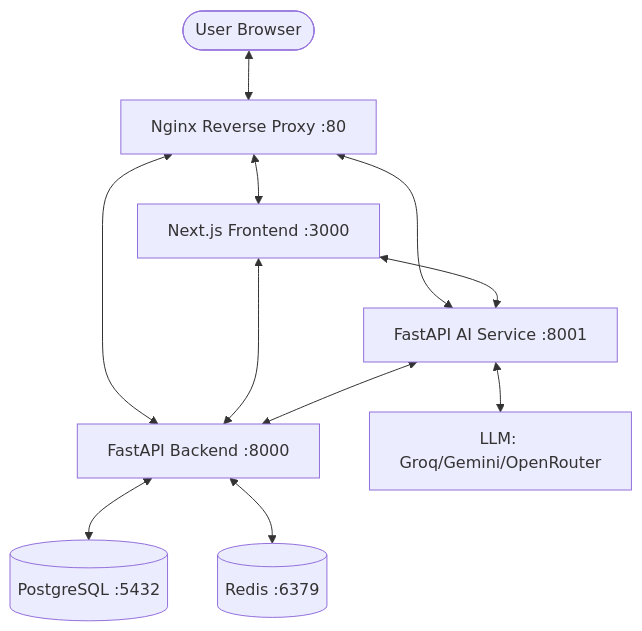
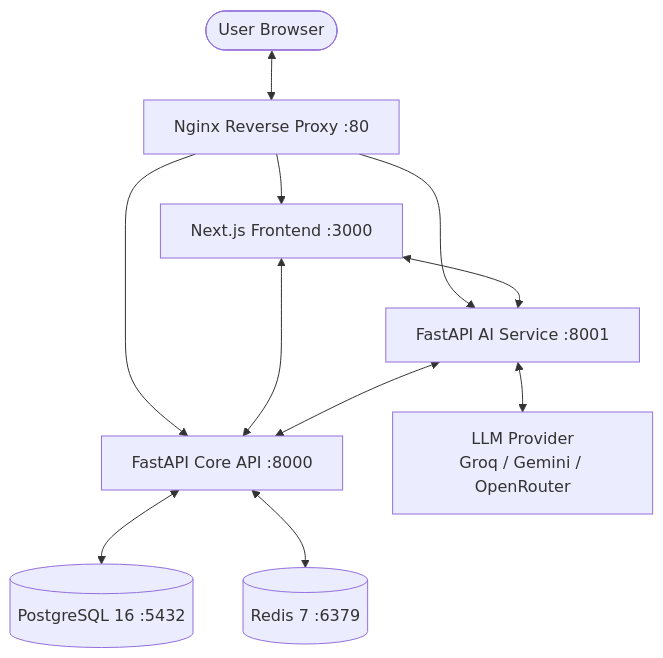
The diagram in README.md (iaravsinha/student-management-ai), drawn with Mermaid before and after one commit. The commit also changed other lines of this file and 1 other file, not shown here.

````diff
--- a/README.md
+++ b/README.md
@@ -11,22 +11,22 @@
 ```mermaid
 graph TD
     User([User Browser])
     Nginx[Nginx Reverse Proxy :80]
     Frontend[Next.js Frontend :3000]
-    Backend[FastAPI Backend :8000]
+    Backend[FastAPI Core API :8000]
     AIService[FastAPI AI Service :8001]
-    DB[(PostgreSQL :5432)]
-    Redis[(Redis :6379)]
-    LLM[LLM: Groq/Gemini/OpenRouter]
+    DB[(PostgreSQL 16 :5432)]
+    Redis[(Redis 7 :6379)]
+    LLM[LLM Provider<br/>Groq / Gemini / OpenRouter]
 
     User <--> Nginx
-    Nginx <--> Frontend
-    Nginx <--> Backend
-    Nginx <--> AIService
+    Nginx --> Frontend
+    Nginx --> Backend
+    Nginx --> AIService
     Frontend <--> Backend
     Frontend <--> AIService
     Backend <--> DB
     Backend <--> Redis
     AIService <--> LLM
     AIService <--> Backend
 ```
````
